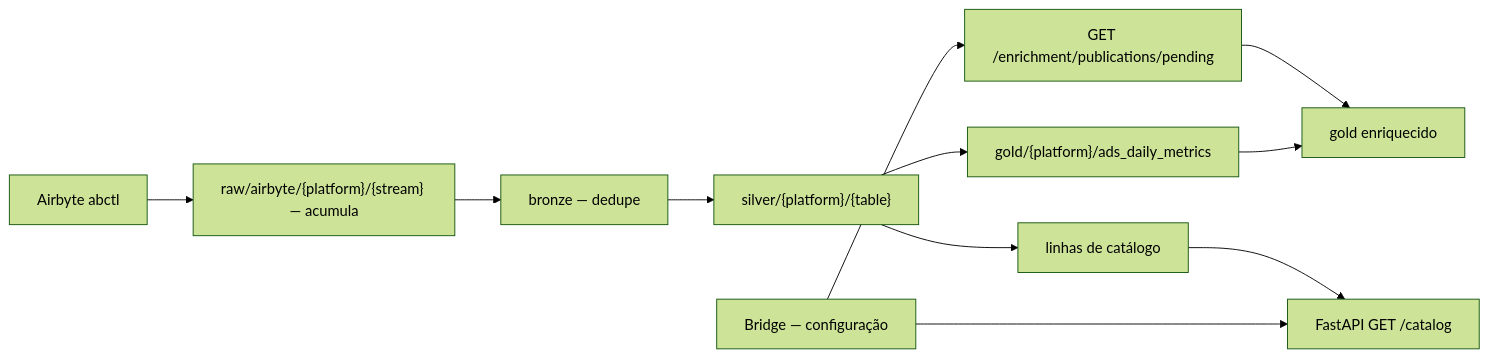
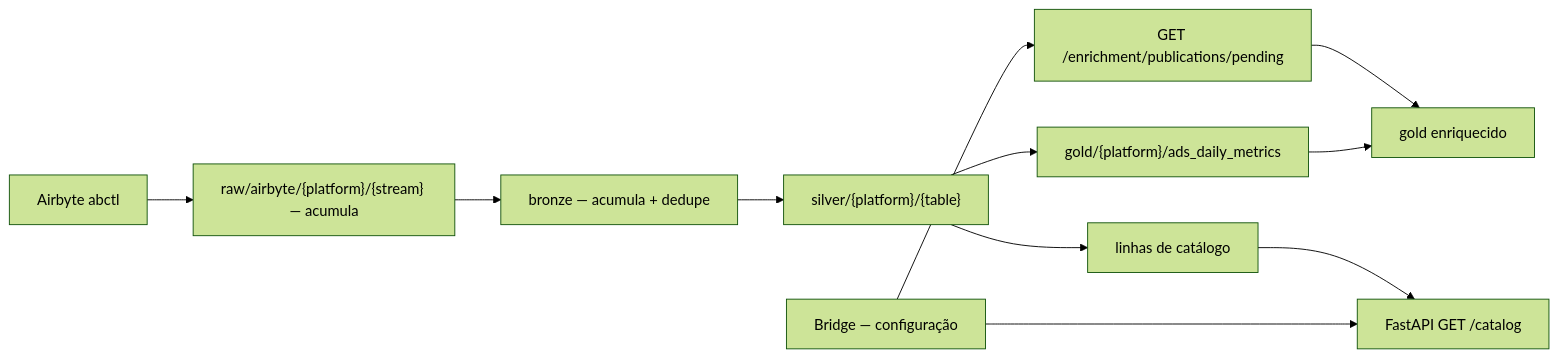
Before and after one commit to DevPablo20/binder_etl: the diagram in docs/architecture.md, drawn with Mermaid (forest theme). The commit also changed other lines of this file and 6 other files, not shown here.

````diff
--- a/docs/architecture.md
+++ b/docs/architecture.md
@@ -14,13 +14,13 @@
 ```mermaid
 flowchart LR
     Airbyte["Airbyte abctl"] --> Raw["raw/airbyte/{platform}/{stream} — acumula"]
-    Raw --> Bronze["bronze — dedupe"]
+    Raw --> Bronze["bronze — acumula + dedupe"]
     Bronze --> Silver["silver/{platform}/{table}"]
     Silver --> Gold["gold/{platform}/ads_daily_metrics"]
     Silver --> CatalogBuild["linhas de catálogo"]
     CatalogBuild --> CatalogAPI["FastAPI GET /catalog"]
     Backend["Bridge — configuração"] --> CatalogAPI
     Backend --> Publication["GET /enrichment/publications/pending"]
     Publication --> GoldEnriched["gold enriquecido"]
     Gold --> GoldEnriched
 ```
````
